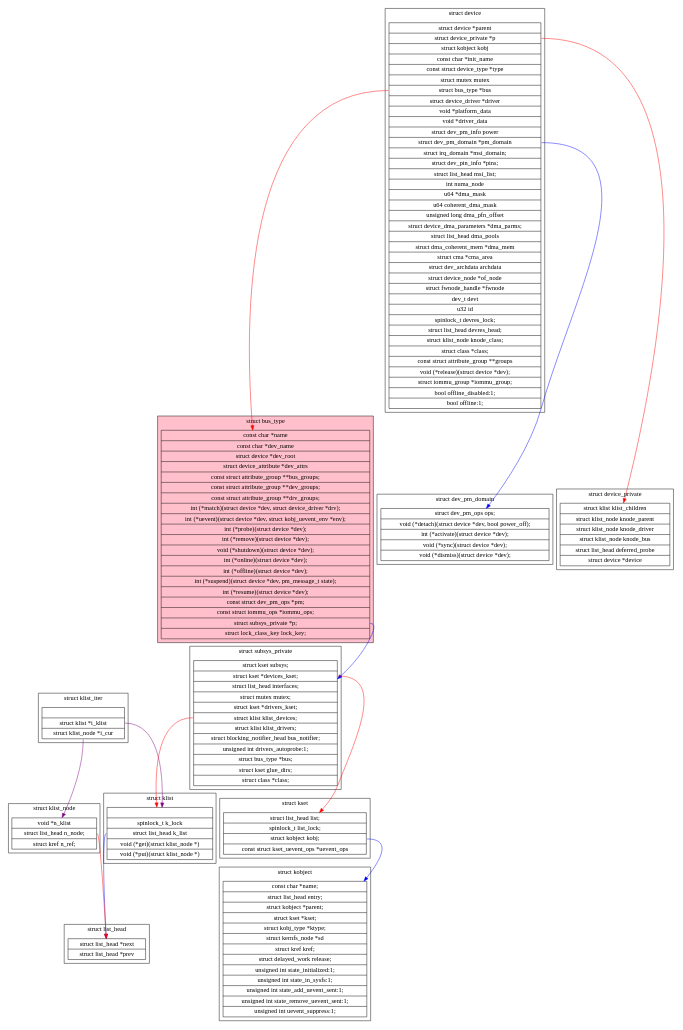
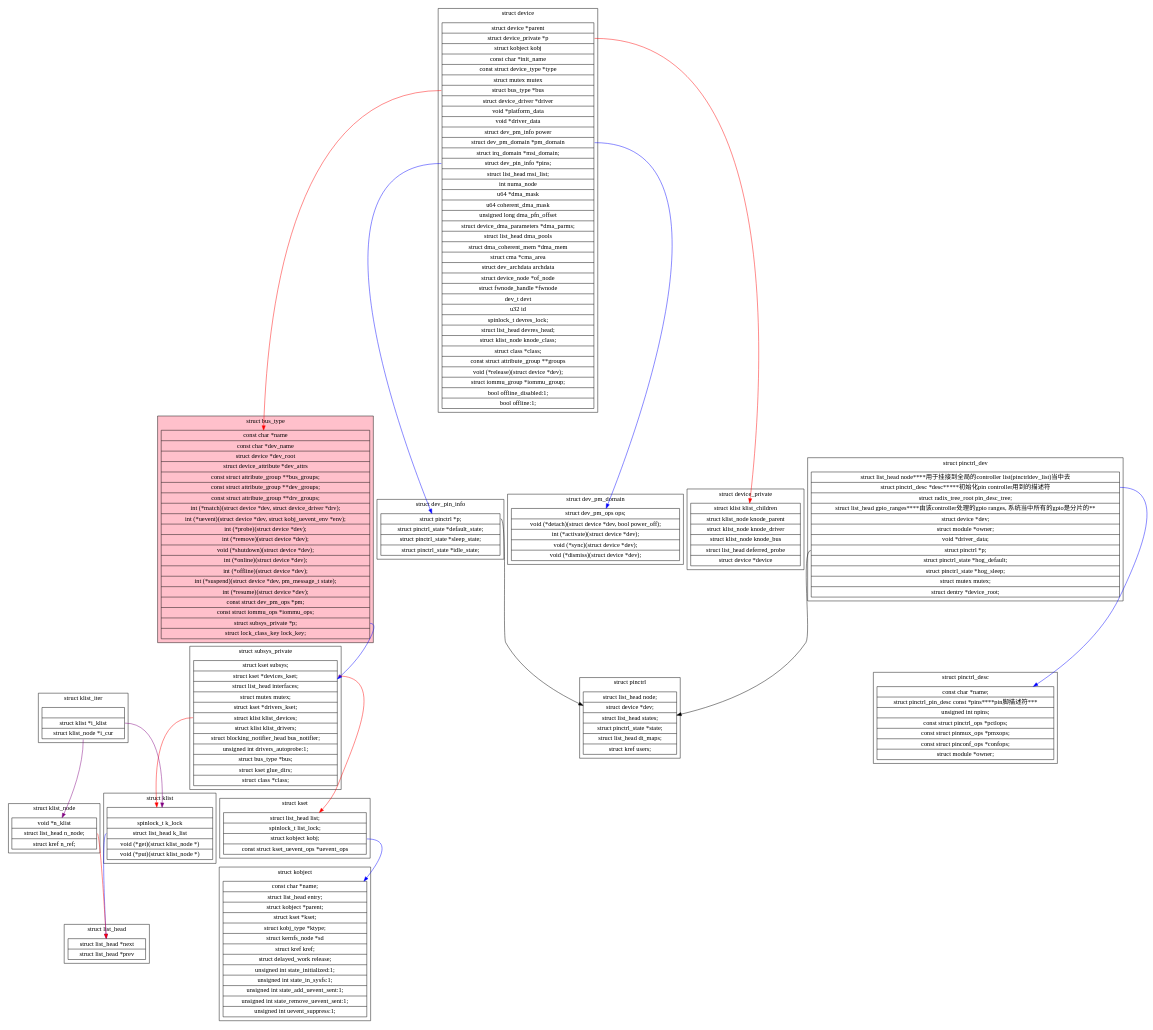
One commit to YsuXia/Debian-Learning changed the diagram in graphviz/kernel/platform-bus.dot. Above: the diagram before and after it, drawn with Graphviz. The commit also changed 5 other files, not shown here.

```diff
--- a/graphviz/kernel/platform-bus.dot
+++ b/graphviz/kernel/platform-bus.dot
@@ -61,6 +61,61 @@
 	}
 
 	"struct kset":obj->"struct kobject"[color=blue];
+	subgraph cluster_struct_dev_pin_info{
+		label="struct dev_pin_info";
+		"struct dev_pin_info"[label="{
+			<p>struct pinctrl *p;
+    |struct pinctrl_state *default_state;
+    |struct pinctrl_state *sleep_state;
+    |struct pinctrl_state *idle_state;
+		}"];
+	}
+	"struct device":pins->"struct dev_pin_info"[color=blue];
+	"struct dev_pin_info":p->"struct pinctrl";
+
+	subgraph cluster_struct_pinctrl{
+		label="struct pinctrl";
+		"struct pinctrl"[label="{
+		struct list_head node;
+    |struct device *dev;
+    |struct list_head states;
+    |struct pinctrl_state *state;
+    |struct list_head dt_maps;
+    |struct kref users;
+	}"];
+	}
+
+	subgraph cluster_struct_pinctrl_dev{
+		label="struct pinctrl_dev";
+		"struct pinctrl_dev"[label="{
+		struct list_head node****用于挂接到全局的controller list(pinctrldev_list)当中去
+    |<desc>struct pinctrl_desc *desc*****初始化pin controller用到的描述符
+    |struct radix_tree_root pin_desc_tree;
+    |struct list_head gpio_ranges****由该controller处理的gpio ranges, 系统当中所有的gpio是分片的**
+    |struct device *dev;
+    |struct module *owner;
+    |void *driver_data;
+    |<p>struct pinctrl *p;
+    |struct pinctrl_state *hog_default;
+    |struct pinctrl_state *hog_sleep;
+    |struct mutex mutex;
+    |struct dentry *device_root;
+	}"];
+	}
+	"struct pinctrl_dev":p->"struct pinctrl";
+	"struct pinctrl_dev":desc->"struct pinctrl_desc"[color=blue];
+	subgraph cluster_struct_pinctrl_desc{
+		label="struct pinctrl_desc";
+		"struct pinctrl_desc"[label="{
+		const char *name;
+    |struct pinctrl_pin_desc const *pins****pin脚描述符***
+    |unsigned int npins;
+    |const struct pinctrl_ops *pctlops;
+    |const struct pinmux_ops *pmxops;
+    |const struct pinconf_ops *confops;
+    |struct module *owner;
+	}"];
+	}
 
 	subgraph cluster_struct_device{
 		label="struct device";
@@ -78,7 +133,7 @@
 		|struct dev_pm_info  power
 		|<pm_domain>struct dev_pm_domain    *pm_domain
     |struct irq_domain   *msi_domain;
-    |struct dev_pin_info *pins;
+    |<pins>struct dev_pin_info *pins;
     |struct list_head    msi_list;
     |int     numa_node
     |u64     *dma_mask
```
